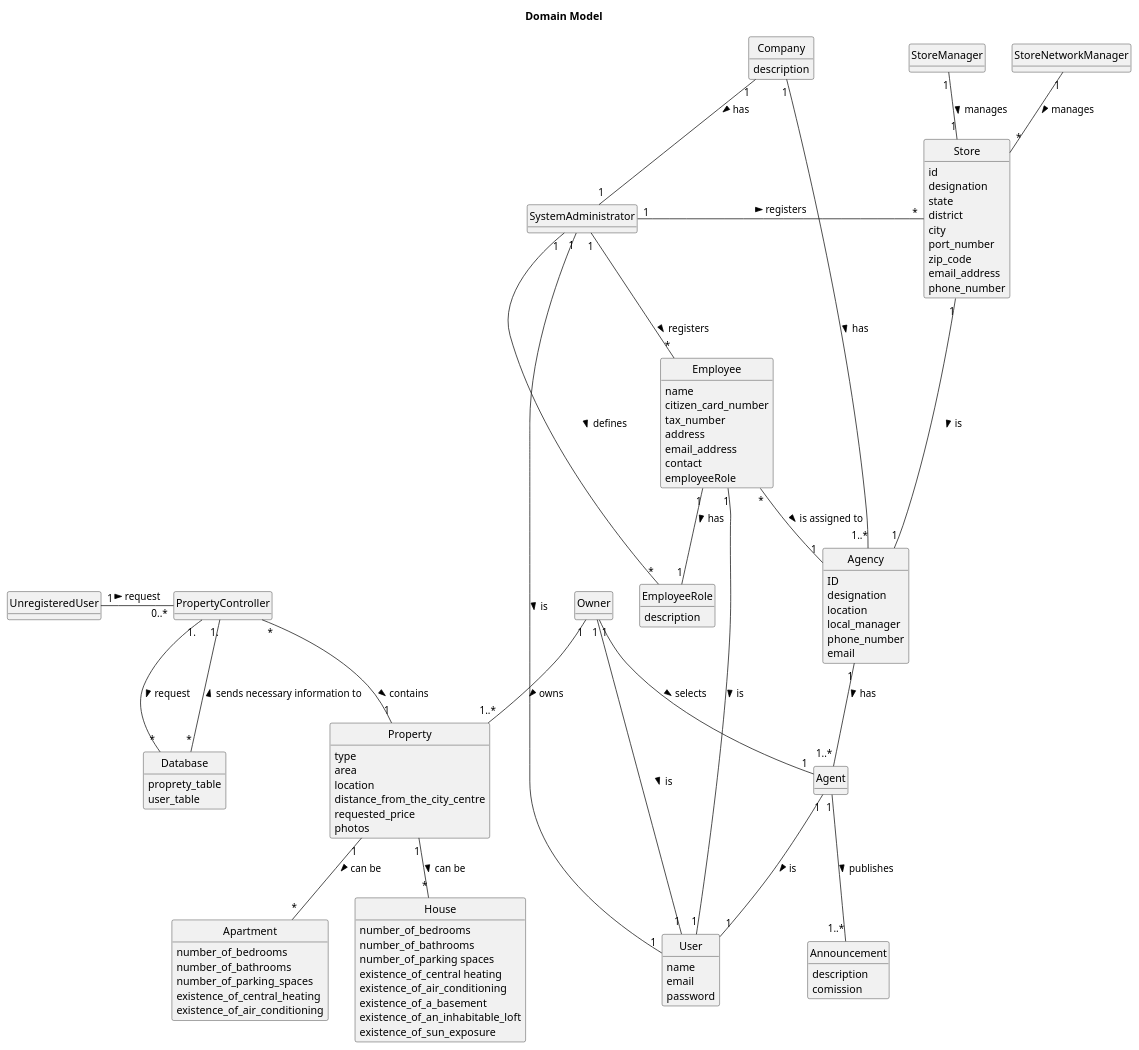
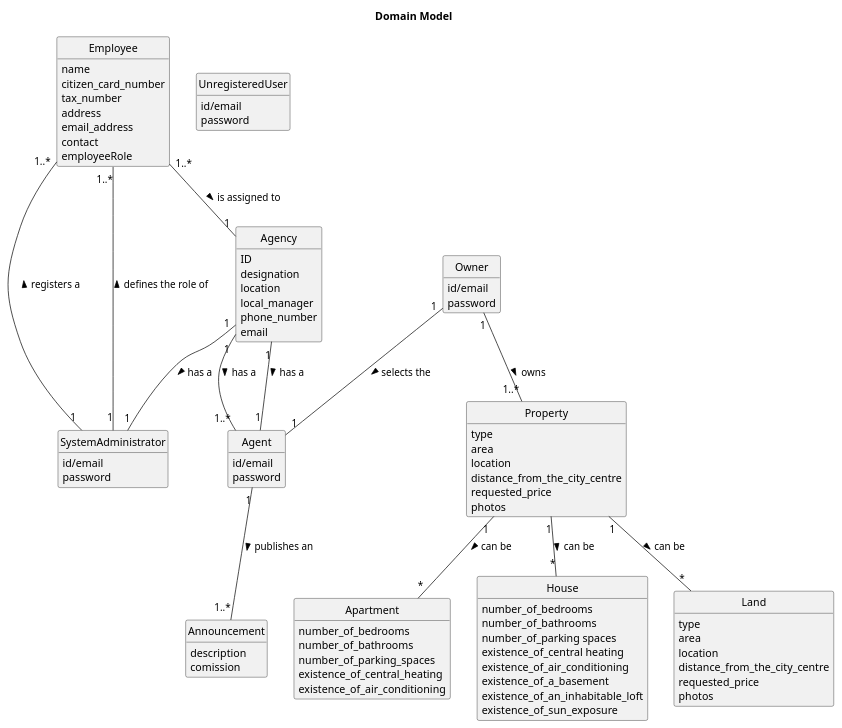
One commit to Rodrick0209/ISEP-LAPR2-22-23 changed the diagram in docs/Sprint-B/global-artifacts/02.analysis/puml/project-domain-model.puml. Above: the diagram before and after it, drawn with PlantUML. The commit also changed 3 other files, not shown here.

Commit message:
global dommain model srpint c and b updated fixed all past mistakes ( took out company ,store, user,controllers) still needs imrpovement . global use case diagram updated

```diff
--- a/docs/Sprint-B/global-artifacts/02.analysis/puml/project-domain-model.puml
+++ b/docs/Sprint-B/global-artifacts/02.analysis/puml/project-domain-model.puml
@@ -1,125 +1,114 @@
 @startuml
 skinparam monochrome true
 skinparam packageStyle rectangle
 skinparam shadowing false
 'skinparam linetype ortho
 'left to right direction
 skinparam classAttributeIconSize 0
 hide circle
 hide methods
 
 title Domain Model
 
 
 class Employee{
 name
 citizen_card_number
 tax_number
 address
 email_address
 contact
 employeeRole
 }
 
 class SystemAdministrator{
+id/email
+password
 }
 
-class EmployeeRole{
-description
+class Agent{
+id/email
+password
+}
+class Owner{
+id/email
+password
 }
 
-class Company{
-description
-}
+
 
 class Agency{
 ID
 designation
 location
 local_manager
 phone_number
 email
 }
 
-class User{
-name
-email
+class  UnregisteredUser{
+id/email
 password
 }
 
-class Store {
-    id
-    designation
-    state
-    district
-    city
-    port_number
-    zip_code
-    email_address
-    phone_number
-}
 
 class Property {
     type
     area
     location
     distance_from_the_city_centre
     requested_price
     photos
     }
 
 class Announcement {
         description
         comission
       }
 
 class Apartment{
     number_of_bedrooms
     number_of_bathrooms
     number_of_parking_spaces
     existence_of_central_heating
     existence_of_air_conditioning
 }
 
 class House{
     number_of_bedrooms
     number_of_bathrooms
     number_of_parking spaces
     existence_of_central heating
     existence_of_air_conditioning
     existence_of_a_basement
     existence_of_an_inhabitable_loft
     existence_of_sun_exposure
 }
 
-class Database {
-    proprety_table
-    user_table
+class Land{
+type
+area
+location
+distance_from_the_city_centre
+requested_price
+photos
+
 }
 
-UnregisteredUser "1" - "0..*" PropertyController : request >
-PropertyController "1." -- "*" Database : request >
-PropertyController "1." -- "*" Database : sends necessary information to <
-PropertyController "*" -- "1"  Property : contains >
-Agent "1" -- "1..*" Announcement : publishes >
-Agency "1" -- "1..*" Agent : has >
-SystemAdministrator "1" -- "*" Employee : registers >
-Employee "*" -- "1" Agency : is assigned to >
-Employee "1" -- "1" EmployeeRole :  has >
-SystemAdministrator "1" -- "*" EmployeeRole : defines >
+
+Agent "1" -- "1..*" Announcement : publishes an >
+Agency "1" -- "1..*" Agent : has a  >
+SystemAdministrator "1" -- "1..*" Employee : registers a >
+Employee "1..*" -- "1" Agency : is assigned to >
+SystemAdministrator "1" -- "1..*" Employee : defines the role of >
 Owner "1" -- "1..*" Property : owns >
 Property "1" -- "*" House :  can be >
 Property "1" -- "*" Apartment :  can be >
-Owner "1" -- "1" Agent : selects >
-SystemAdministrator "1" - "*" Store : registers >
-StoreManager "1" -- "1" Store : manages >
-StoreNetworkManager "1" -- "*" Store : manages >
-Store "1" -- "1" Agency : is >
-Company "1" -- "1..*" Agency : has >
-Company "1" -- "1" SystemAdministrator : has >
-SystemAdministrator "1" -- "1" User : is >
-Employee "1" -- "1" User : is >
-Agent "1" -- "1" User : is >
-Owner "1" -- "1" User : is >
+Property "1" -- "*" Land :  can be >
+Owner "1" -- "1" Agent : selects the >
+Agency "1" -- "1" SystemAdministrator : has a  >
+Agency "1" -- "1" Agent: has a  >
+
+
 
 @enduml
```
